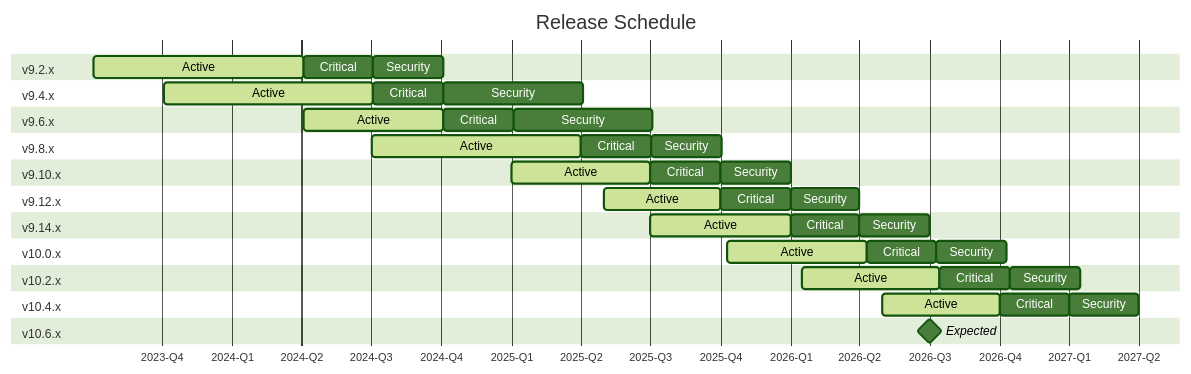
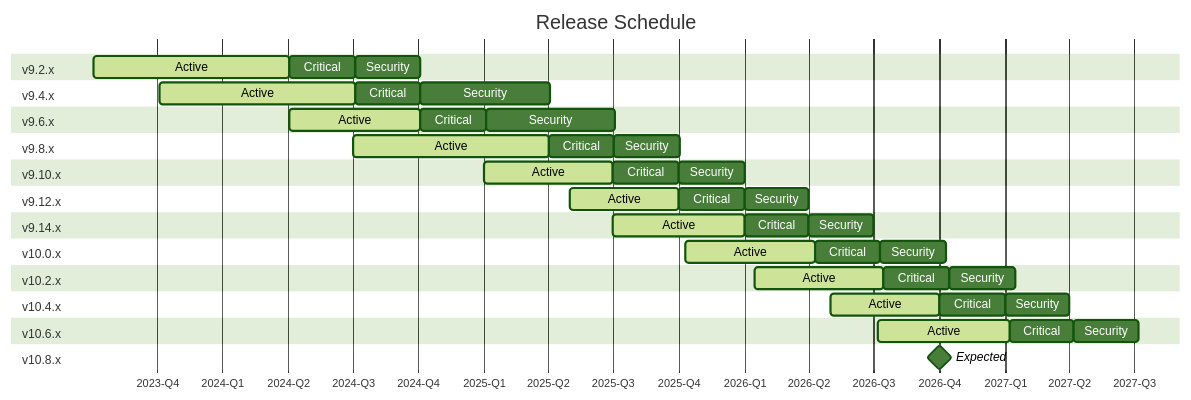
One commit to hpcc-systems/HPCC-Platform changed the diagram in README.md. Above: the diagram before and after it, drawn with Mermaid (forest theme).

Commit message:
fix: update release cadence v10.6.x and v10.8.x (#37346)
NoIssue
Impacts: docs

````diff
--- a/README.md
+++ b/README.md
@@ -18,52 +18,56 @@
 ```mermaid
 ---
 displayMode: compact
 ---
 gantt
     title Release Schedule
     axisFormat %Y-Q%q
     tickInterval 3month
     dateFormat YYYY-MM-DD
     section v9.2.x
         Active:          active, 2023-07-04, 9M
         Critical:        3M
         Security:        3M
     section v9.4.x
         Active:          active, 2023-10-04, 9M
         Critical:        3M
         Security:        6M
     section v9.6.x
         Active:          active, 2024-04-04, 6M
         Critical:        3M
         Security:        6M
     section v9.8.x
         Active:          active, 2024-07-02, 9M
         Critical:        3M
         Security:        3M
     section v9.10.x
         Active:          active, 2025-01-01, 6M
         Critical:        3M
         Security:        3M
     section v9.12.x
         Active:          active, 2025-05-01, 5M
         Critical:        3M
         Security:        3M
     section v9.14.x
         Active:          active, 2025-07-01, 6M
         Critical:        3M
         Security:        3M
     section v10.0.x
         Active:          active, 2025-10-10, 6M
         Critical:        3M
         Security:        3M
     section v10.2.x
         Active:          active, 2026-01-15, 6M
         Critical:        3M
         Security:        3M
     section v10.4.x
         Active:          active, 2026-05-01, 5M
         Critical:        3M
         Security:        3M
     section v10.6.x
-        Expected:        milestone, 2026-07-01, 0M
+        Active:          active, 2026-07-07, 6M
+        Critical:        3M
+        Security:        3M
+    section v10.8.x
+        Expected:        milestone, 2026-10-01, 0M
 ```
````
